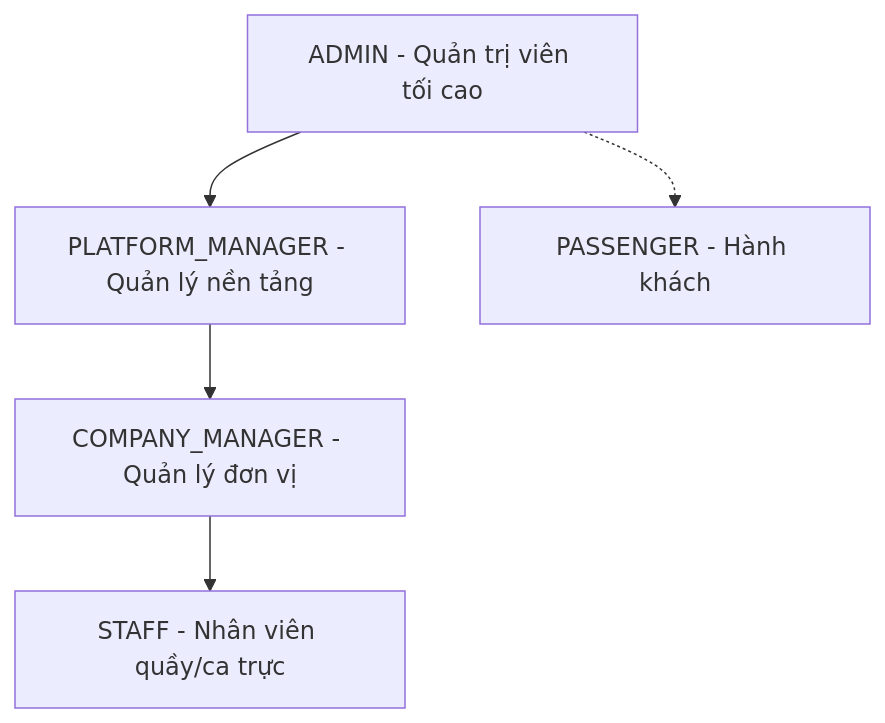
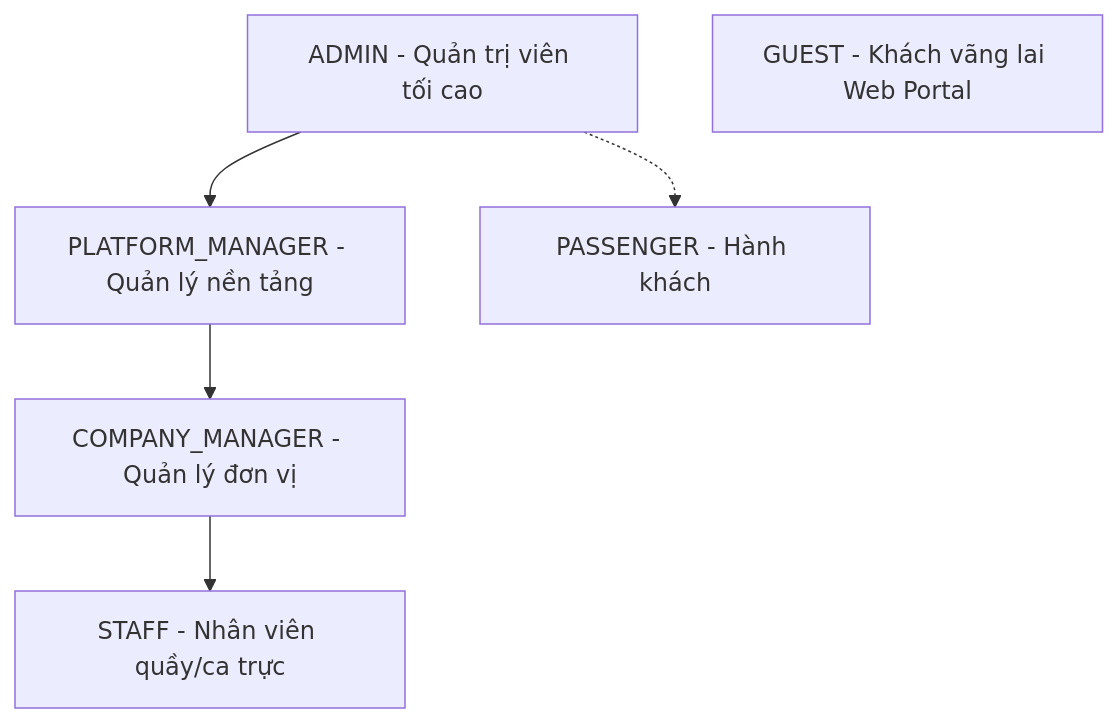
Before and after one commit to PhungMinhQuang0811/MetroBus_Ops_BE: the first of 3 diagrams in document/role_and_scope_analysis.md, drawn with Mermaid. The commit also changed other lines of this file and 4 other files, not shown here.

````diff
--- a/document/role_and_scope_analysis.md
+++ b/document/role_and_scope_analysis.md
@@ -15,7 +15,8 @@
 ```mermaid
 graph TD
     ADMIN[ADMIN - Quản trị viên tối cao] --> PLATFORM_MNG[PLATFORM_MANAGER - Quản lý nền tảng]
     PLATFORM_MNG --> COMP_MNG[COMPANY_MANAGER - Quản lý đơn vị]
     COMP_MNG --> STAFF[STAFF - Nhân viên quầy/ca trực]
     ADMIN -.-> PASSENGER[PASSENGER - Hành khách]
+    GUEST[GUEST - Khách vãng lai Web Portal]
 ```
````
